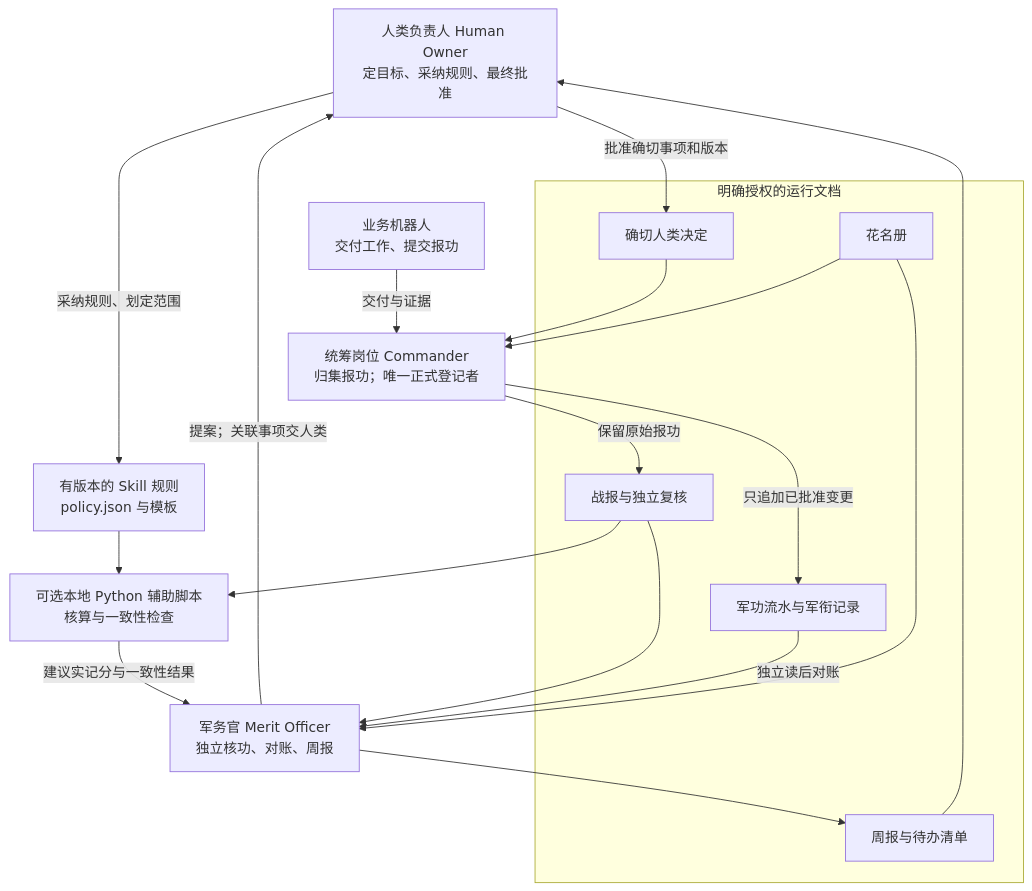
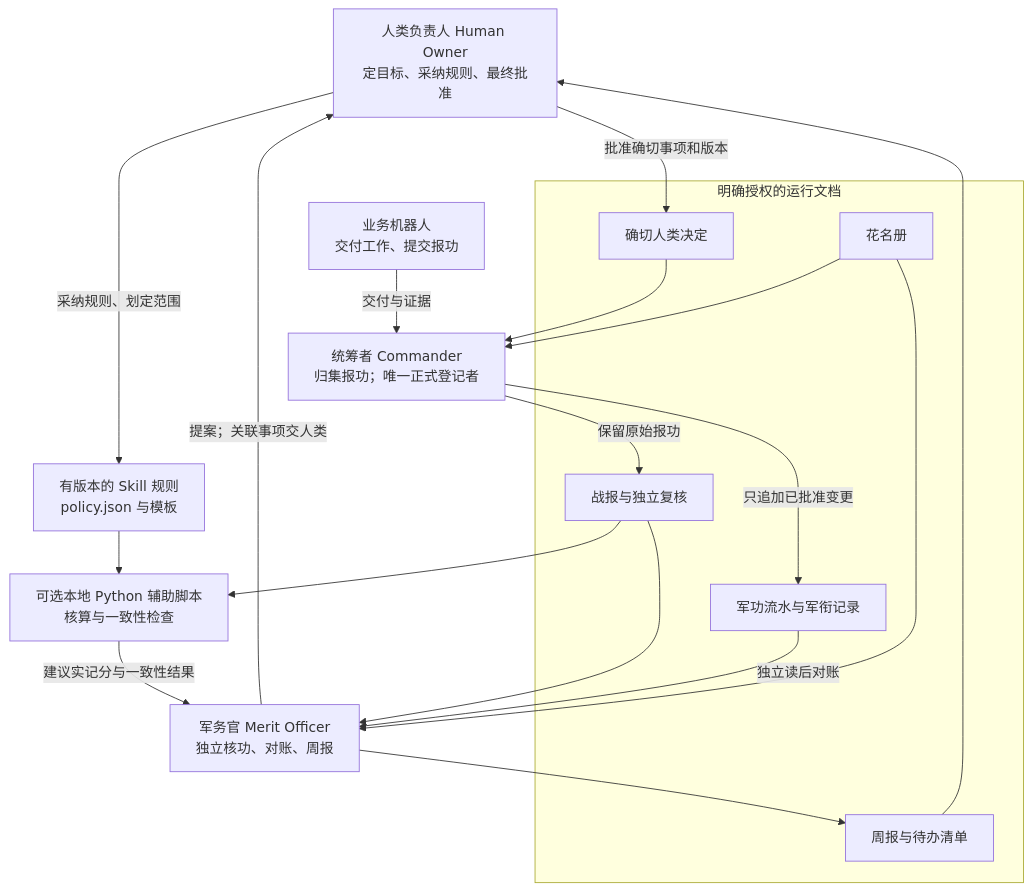
The first of 2 diagrams in docs/architecture.zh-CN.md (situker/situk-mars), drawn with Mermaid before and after one commit. The commit also changed other lines of this file and 43 other files, not shown here.

````diff
--- a/docs/architecture.zh-CN.md
+++ b/docs/architecture.zh-CN.md
@@ -7,32 +7,32 @@
 ```mermaid
 flowchart TB
     H["人类负责人 Human Owner<br/>定目标、采纳规则、最终批准"]
-    C["统筹岗位 Commander<br/>归集报功；唯一正式登记者"]
+    C["统筹者 Commander<br/>归集报功；唯一正式登记者"]
     O["军务官 Merit Officer<br/>独立核功、对账、周报"]
     B["业务机器人<br/>交付工作、提交报功"]
     P["有版本的 Skill 规则<br/>policy.json 与模板"]
     E["可选本地 Python 辅助脚本<br/>核算与一致性检查"]
     subgraph D["明确授权的运行文档"]
         R["花名册"]
         V["战报与独立复核"]
         A["确切人类决定"]
         L["军功流水与军衔记录"]
         W["周报与待办清单"]
     end
     H -->|"采纳规则、划定范围"| P
     B -->|"交付与证据"| C
     C -->|"保留原始报功"| V
     V --> O
     O -->|"提案；关联事项交人类"| H
     H -->|"批准确切事项和版本"| A
     A --> C
     C -->|"只追加已批准变更"| L
     L -->|"独立读后对账"| O
     R --> C
     R --> O
     P --> E
     V --> E
     E -->|"建议实记分与一致性结果"| O
     O --> W
     W --> H
 ```
````
